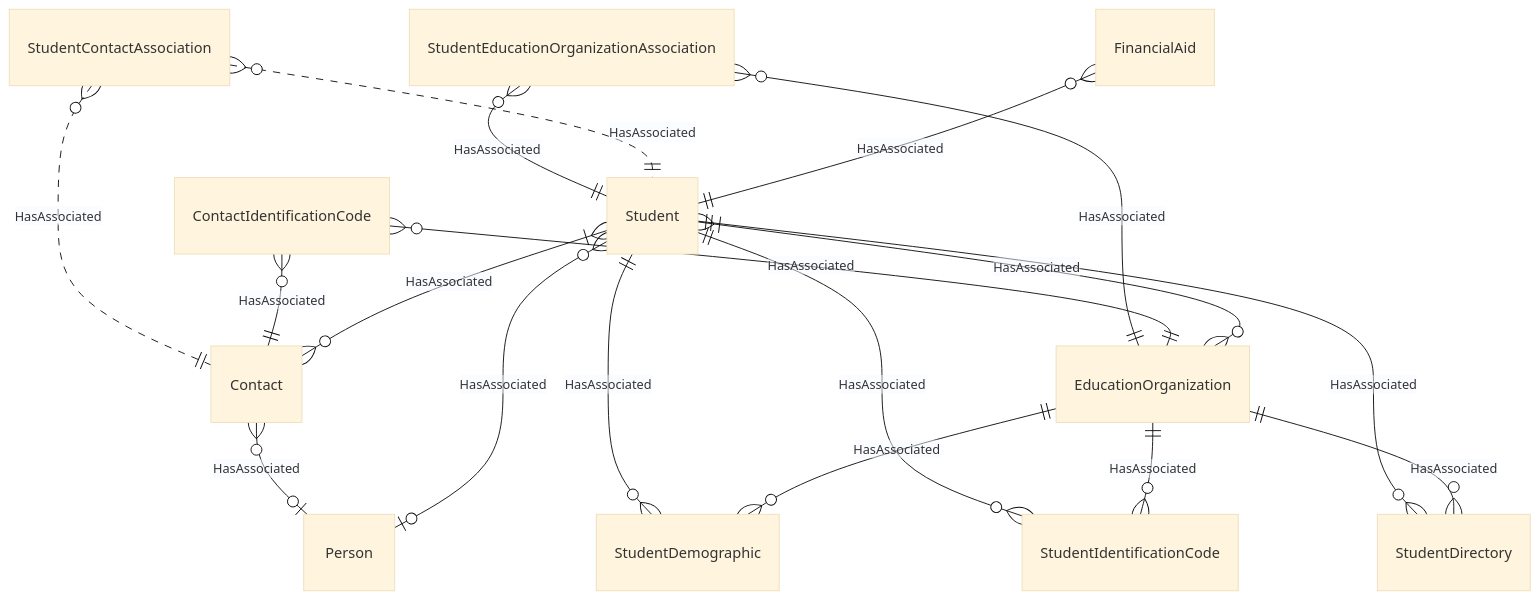
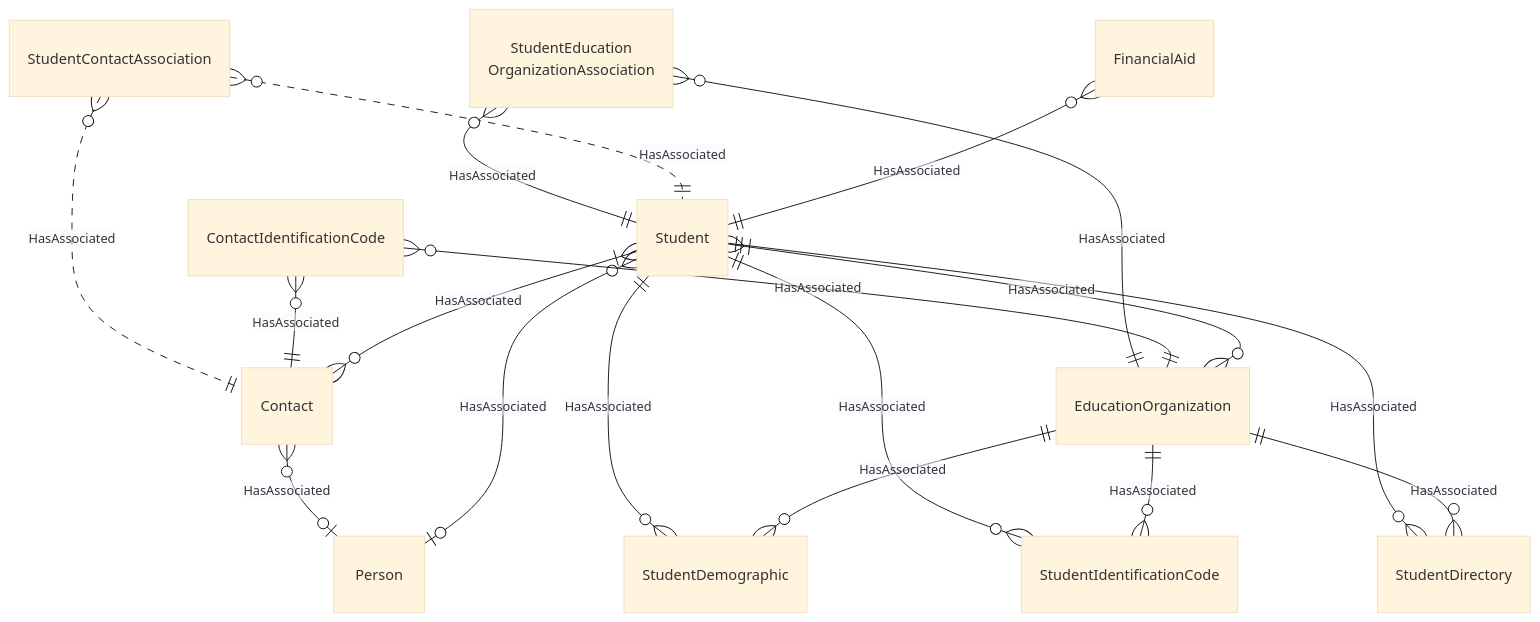
Before and after one commit to Ed-Fi-Alliance-OSS/ed-fi-alliance-oss.github.io: the diagram in dataStandard_versioned_docs/version-6/model-reference/student-identification-and-demographics-domain/StudentIdentificationAndDemographics-simple.mmd, drawn with Mermaid (base theme). The commit also changed 20 other files, not shown here.

First line of the commit message:
Added Alternate Label Text and Line Breaks to Simple Diagrams

```diff
--- a/dataStandard_versioned_docs/version-6/model-reference/student-identification-and-demographics-domain/StudentIdentificationAndDemographics-simple.mmd
+++ b/dataStandard_versioned_docs/version-6/model-reference/student-identification-and-demographics-domain/StudentIdentificationAndDemographics-simple.mmd
@@ -1,40 +1,40 @@
 erDiagram
     Student {
     }
     StudentIdentificationCode {
     }
     StudentDirectory {
     }
     StudentDemographic {
     }
-    StudentEducationOrganizationAssociation {
+    StudentEducationOrganizationAssociation["StudentEducation<br/>OrganizationAssociation"] {
     }
     StudentContactAssociation {
     }
     Contact {
     }
     ContactIdentificationCode {
     }
     FinancialAid {
     }
     Person {
     }
     EducationOrganization {
     }
     Student }|--o{ Contact : "HasAssociated"
     Student }|--o{ EducationOrganization : "HasAssociated"
     Student }o--o| Person : "HasAssociated"
     Contact }o--o| Person : "HasAssociated"
     EducationOrganization ||--o{ StudentDemographic : "HasAssociated"
     EducationOrganization ||--o{ StudentIdentificationCode : "HasAssociated"
     EducationOrganization ||--o{ StudentDirectory : "HasAssociated"
     StudentIdentificationCode }o--|| Student : "HasAssociated"
     StudentDemographic }o--|| Student : "HasAssociated"
     StudentDirectory }o--|| Student : "HasAssociated"
     ContactIdentificationCode }o--|| EducationOrganization : "HasAssociated"
     ContactIdentificationCode }o--|| Contact : "HasAssociated"
     FinancialAid }o--|| Student : "HasAssociated"
     StudentContactAssociation }o..|| Student : "HasAssociated"
     StudentContactAssociation }o..|| Contact : "HasAssociated"
     StudentEducationOrganizationAssociation }o--|| Student : "HasAssociated"
     StudentEducationOrganizationAssociation }o--|| EducationOrganization : "HasAssociated"
```
